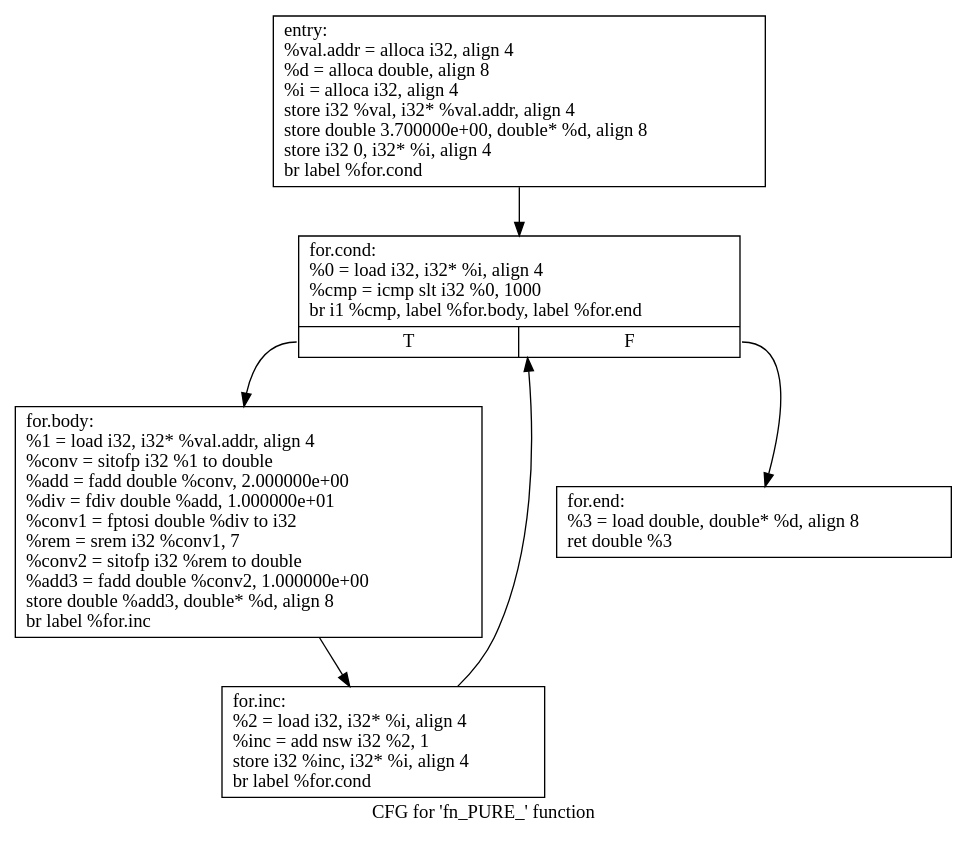
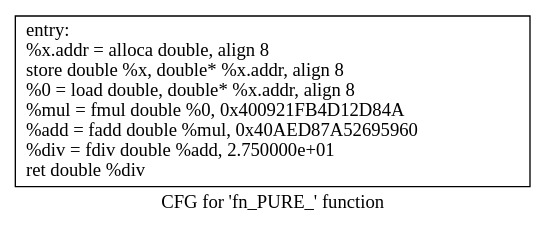
The diagram in 583simple/.fn_PURE_.dot (mattqemo/eecs583fp), drawn with Graphviz before and after one commit. The commit also changed 15 other files, not shown here.

```diff
--- a/583simple/.fn_PURE_.dot
+++ b/583simple/.fn_PURE_.dot
@@ -1,14 +1,5 @@
 digraph "CFG for 'fn_PURE_' function" {
 	label="CFG for 'fn_PURE_' function";
 
-	Node0x55efbe8ddf90 [shape=record,label="{entry:\l  %val.addr = alloca i32, align 4\l  %d = alloca double, align 8\l  %i = alloca i32, align 4\l  store i32 %val, i32* %val.addr, align 4\l  store double 3.700000e+00, double* %d, align 8\l  store i32 0, i32* %i, align 4\l  br label %for.cond\l}"];
-	Node0x55efbe8ddf90 -> Node0x55efbe8de590;
-	Node0x55efbe8de590 [shape=record,label="{for.cond:                                         \l  %0 = load i32, i32* %i, align 4\l  %cmp = icmp slt i32 %0, 1000\l  br i1 %cmp, label %for.body, label %for.end\l|{<s0>T|<s1>F}}"];
-	Node0x55efbe8de590:s0 -> Node0x55efbe8de5e0;
-	Node0x55efbe8de590:s1 -> Node0x55efbe8de680;
-	Node0x55efbe8de5e0 [shape=record,label="{for.body:                                         \l  %1 = load i32, i32* %val.addr, align 4\l  %conv = sitofp i32 %1 to double\l  %add = fadd double %conv, 2.000000e+00\l  %div = fdiv double %add, 1.000000e+01\l  %conv1 = fptosi double %div to i32\l  %rem = srem i32 %conv1, 7\l  %conv2 = sitofp i32 %rem to double\l  %add3 = fadd double %conv2, 1.000000e+00\l  store double %add3, double* %d, align 8\l  br label %for.inc\l}"];
-	Node0x55efbe8de5e0 -> Node0x55efbe8de630;
-	Node0x55efbe8de630 [shape=record,label="{for.inc:                                          \l  %2 = load i32, i32* %i, align 4\l  %inc = add nsw i32 %2, 1\l  store i32 %inc, i32* %i, align 4\l  br label %for.cond\l}"];
-	Node0x55efbe8de630 -> Node0x55efbe8de590;
-	Node0x55efbe8de680 [shape=record,label="{for.end:                                          \l  %3 = load double, double* %d, align 8\l  ret double %3\l}"];
+	Node0x556059a52f80 [shape=record,label="{entry:\l  %x.addr = alloca double, align 8\l  store double %x, double* %x.addr, align 8\l  %0 = load double, double* %x.addr, align 8\l  %mul = fmul double %0, 0x400921FB4D12D84A\l  %add = fadd double %mul, 0x40AED87A52695960\l  %div = fdiv double %add, 2.750000e+01\l  ret double %div\l}"];
 }
```
